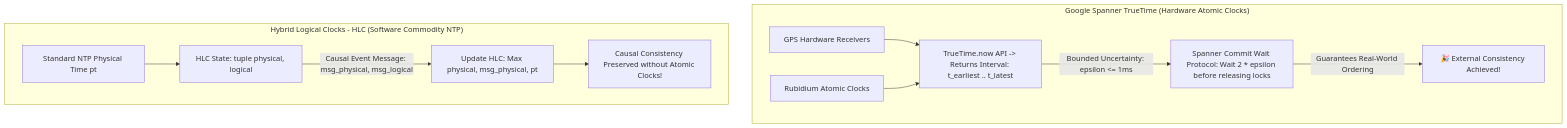
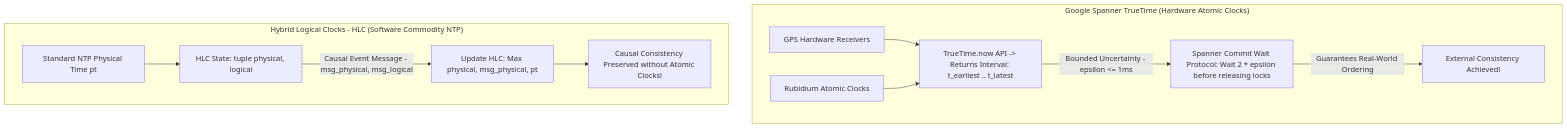
Before and after one commit to akmalkhaniub/akmalkhaniub.github.io: the diagram in blog/posts/truetime-hybrid-logical-clocks-hlc-external-consistency.md, drawn with Mermaid. The commit also changed 411 other files, not shown here.

````diff
--- a/blog/posts/truetime-hybrid-logical-clocks-hlc-external-consistency.md
+++ b/blog/posts/truetime-hybrid-logical-clocks-hlc-external-consistency.md
@@ -19,14 +19,14 @@
 ```mermaid
-graph TD
+flowchart TD
   subgraph SG1_GoogleSpannerTruetime ["Google Spanner TrueTime (Hardware Atomic Clocks)"]
     GPS[GPS Hardware Receivers] & Atomic[Rubidium Atomic Clocks] --> TrueTimeAPI[TrueTime.now API -> Returns Interval: t_earliest .. t_latest]
-    TrueTimeAPI -->|Bounded Uncertainty: epsilon <= 1ms| CommitWait[Spanner Commit Wait Protocol: Wait 2 * epsilon before releasing locks]
-    CommitWait -->|Guarantees Real-World Ordering| ExternalConsistency[🎉 External Consistency Achieved!]
+    TrueTimeAPI -->|Bounded Uncertainty - epsilon <= 1ms| CommitWait[Spanner Commit Wait Protocol: Wait 2 * epsilon before releasing locks]
+    CommitWait -->|Guarantees Real-World Ordering| ExternalConsistency[ External Consistency Achieved!]
   end
   
   subgraph SG2_HybridLogicalClocks ["Hybrid Logical Clocks - HLC (Software Commodity NTP)"]
     NTP[Standard NTP Physical Time pt] --> HLC[HLC State: tuple physical, logical]
-    HLC -->|Causal Event Message: msg_physical, msg_logical| UpdateHLC[Update HLC: Max physical, msg_physical, pt]
+    HLC -->|Causal Event Message - msg_physical, msg_logical| UpdateHLC[Update HLC: Max physical, msg_physical, pt]
     UpdateHLC --> CausalOrdering[Causal Consistency Preserved without Atomic Clocks!]
   end
 ```
````
